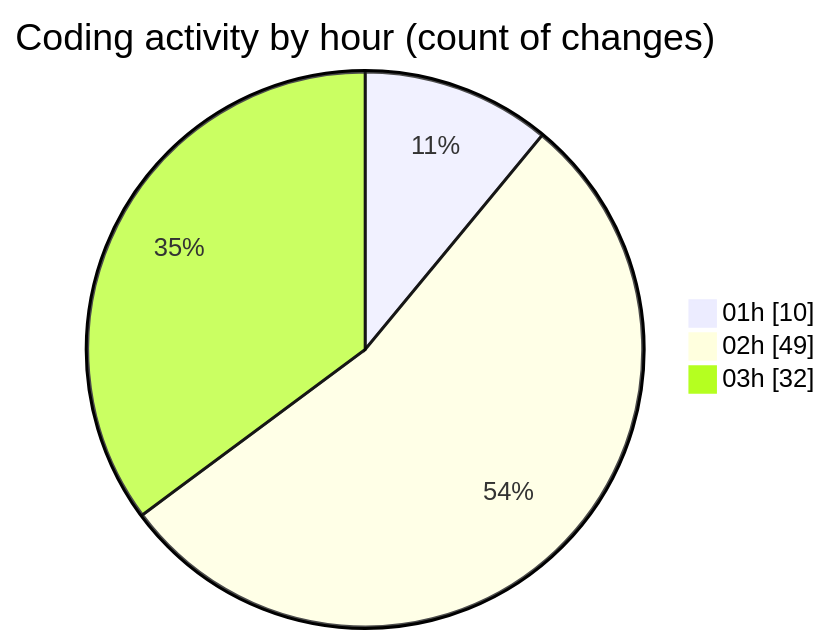
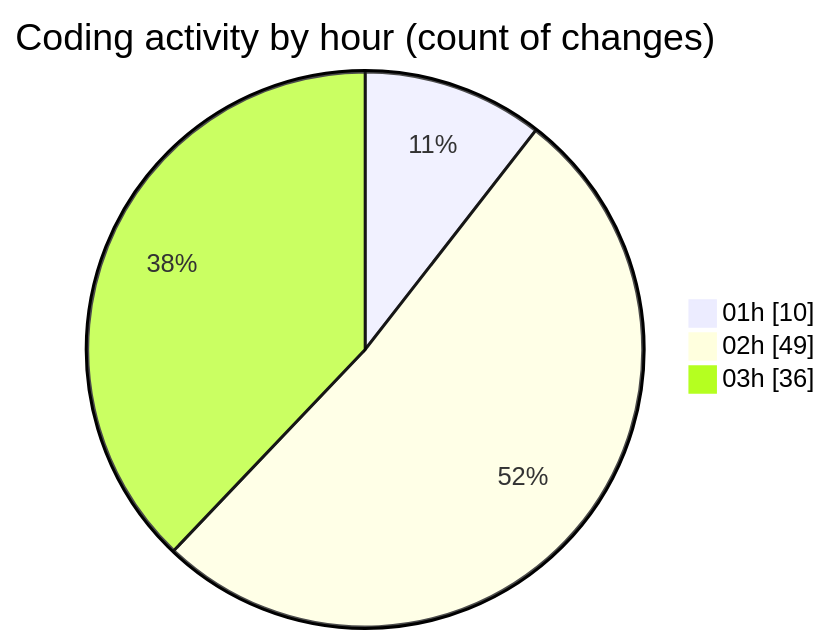
Before and after one commit to julien-gomy/code-tracking: the second of 2 diagrams in 2025-11-21/eventscop-frontend-guide__workspace_/README.md, drawn with Mermaid. The commit also changed other lines of this file and 1 other file, not shown here.

````diff
--- a/2025-11-21/eventscop-frontend-guide__workspace_/README.md
+++ b/2025-11-21/eventscop-frontend-guide__workspace_/README.md
@@ -61,7 +62,7 @@
 ```mermaid
 pie showData
 title Coding activity by hour (count of changes)
 "01h" : 10
 "02h" : 49
-"03h" : 32
+"03h" : 36
 ```
````
